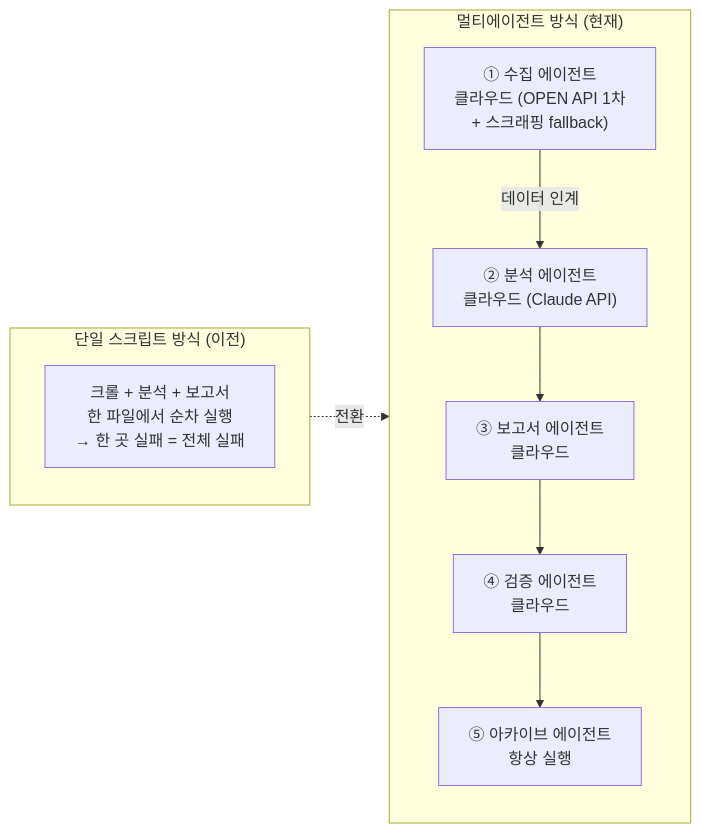
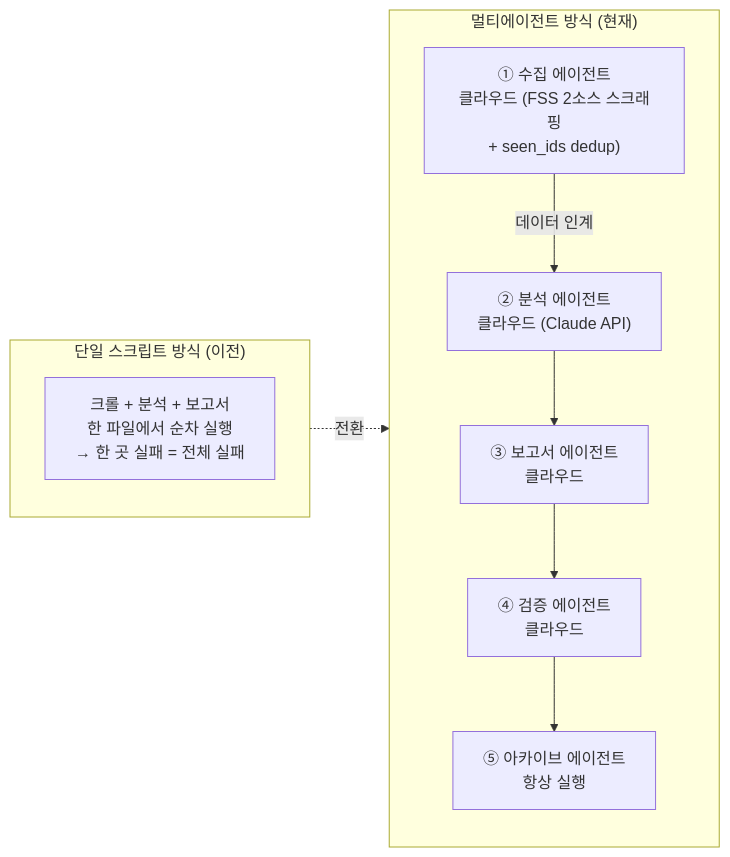
The diagram in docs/METHODOLOGY.md (pyorocop-lang/ibk-FSS-brief), drawn with Mermaid before and after one commit. The commit also changed other lines of this file and 23 other files, not shown here.

````diff
--- a/docs/METHODOLOGY.md
+++ b/docs/METHODOLOGY.md
@@ -22,19 +22,19 @@
 ```mermaid
 flowchart LR
     subgraph BEFORE["단일 스크립트 방식 (이전)"]
         direction TB
         S1["크롤 + 분석 + 보고서\n한 파일에서 순차 실행\n→ 한 곳 실패 = 전체 실패"]
     end
 
     subgraph AFTER["멀티에이전트 방식 (현재)"]
         direction TB
-        A1["① 수집 에이전트\n클라우드 (OPEN API 1차\n+ 스크래핑 fallback)"]
+        A1["① 수집 에이전트\n클라우드 (FSS 2소스 스크래핑\n+ seen_ids dedup)"]
         A2["② 분석 에이전트\n클라우드 (Claude API)"]
         A3["③ 보고서 에이전트\n클라우드"]
         A4["④ 검증 에이전트\n클라우드"]
         A5["⑤ 아카이브 에이전트\n항상 실행"]
         A1 -->|"데이터 인계"| A2 --> A3 --> A4 --> A5
     end
 
     BEFORE -.->|"전환"| AFTER
 ```
````
